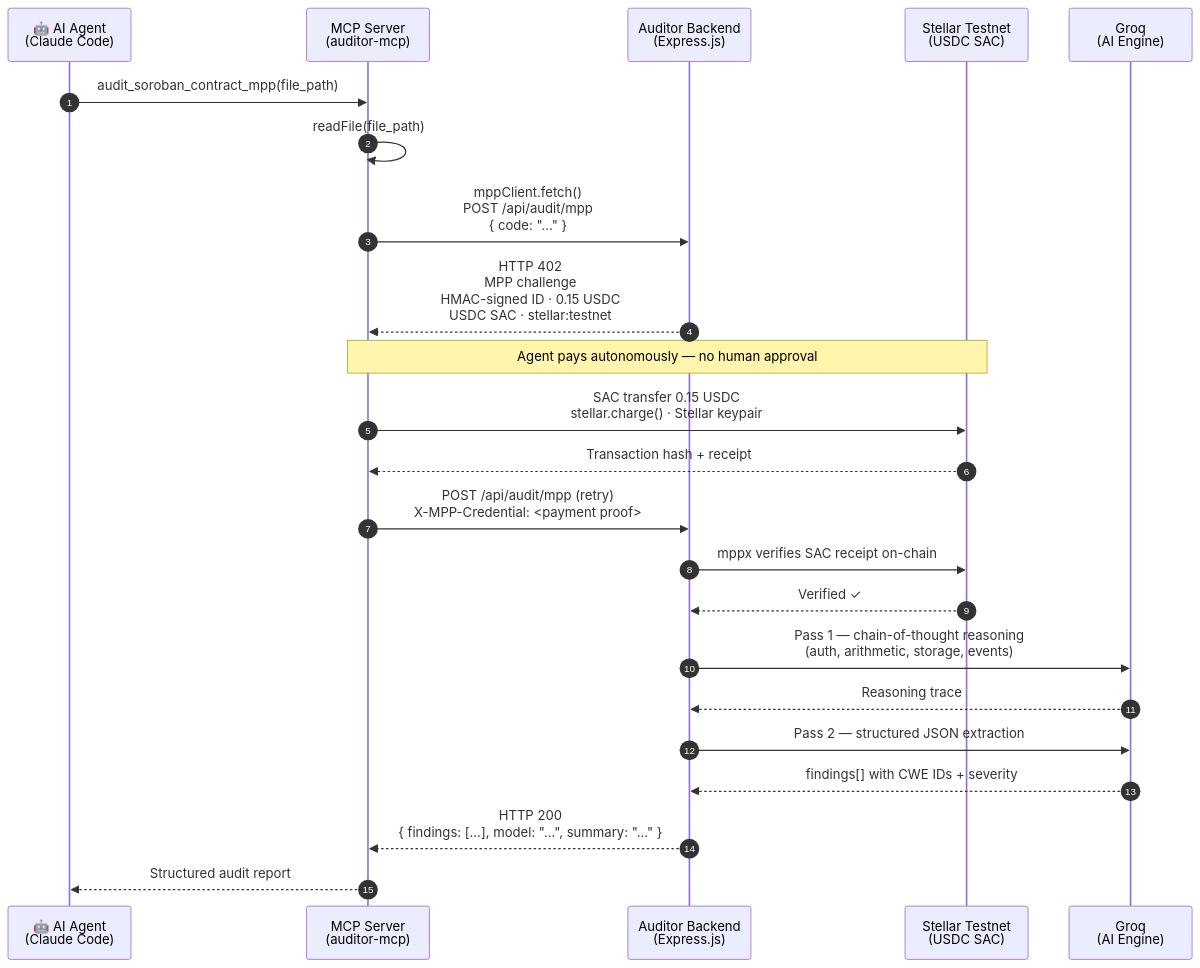
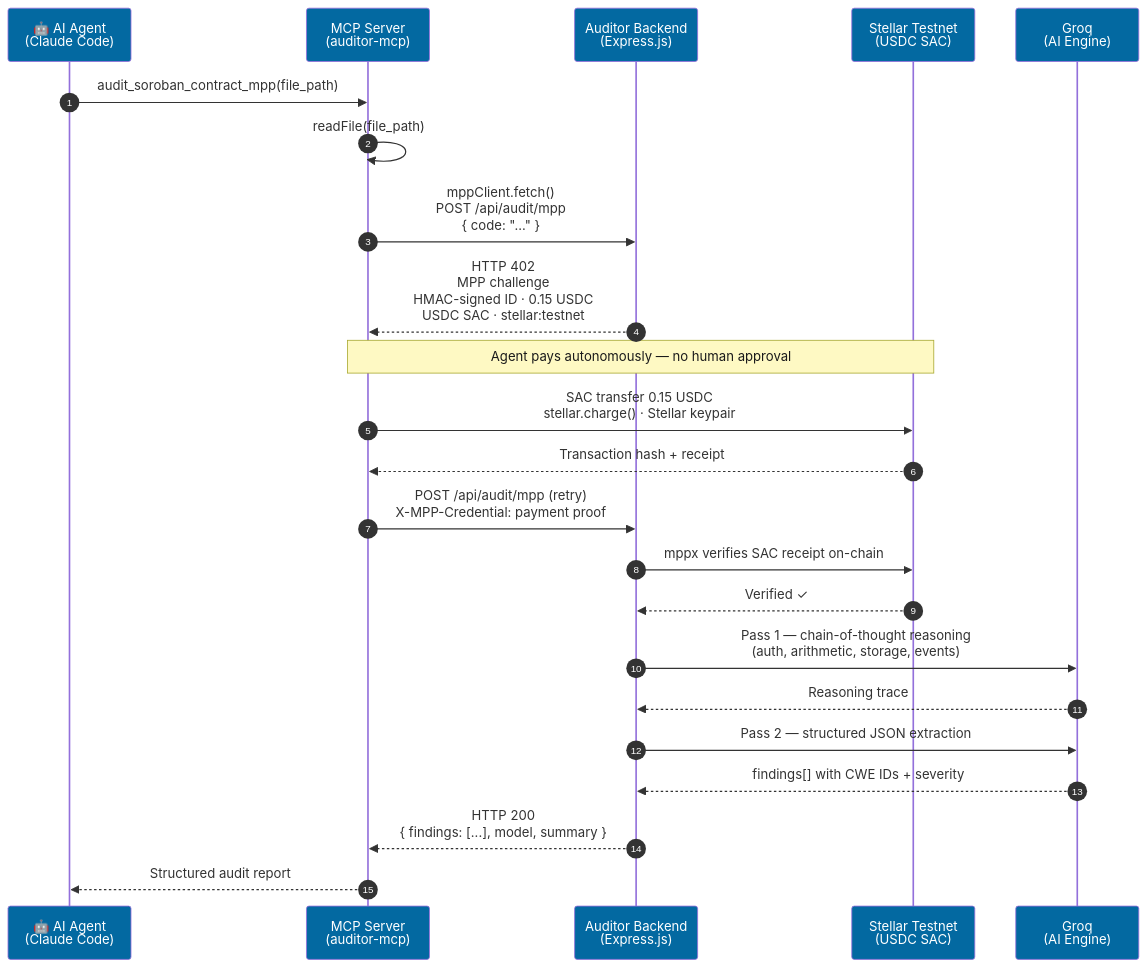
One commit to xaviersharwin10/soroban_node_0 changed the diagram in docs/sequence_mpp.mmd. Above: the diagram before and after it, drawn with Mermaid. The commit also changed 5 other files, not shown here.

Commit message:
docs: larger text in sequence diagrams, light node colors for clear arrowheads in architecture

```diff
--- a/docs/sequence_mpp.mmd
+++ b/docs/sequence_mpp.mmd
@@ -1,31 +1,32 @@
+%%{init: {'theme': 'default', 'themeVariables': {'fontSize': '20px', 'fontFamily': 'trebuchet ms, verdana, arial', 'actorBkg': '#0369a1', 'actorTextColor': '#ffffff', 'actorBorderColor': '#075985', 'activationBkgColor': '#e0f2fe', 'noteBkgColor': '#fef9c3', 'noteTextColor': '#1a1a1a', 'labelBoxBkgColor': '#f0f4ff', 'sequenceNumberColor': '#ffffff'}}}%%
 sequenceDiagram
     autonumber
     participant A as 🤖 AI Agent<br/>(Claude Code)
     participant M as MCP Server<br/>(auditor-mcp)
     participant B as Auditor Backend<br/>(Express.js)
     participant S as Stellar Testnet<br/>(USDC SAC)
     participant G as Groq<br/>(AI Engine)
 
     A->>M: audit_soroban_contract_mpp(file_path)
     M->>M: readFile(file_path)
 
     M->>B: mppClient.fetch()<br/>POST /api/audit/mpp<br/>{ code: "..." }
     B-->>M: HTTP 402<br/>MPP challenge<br/>HMAC-signed ID · 0.15 USDC<br/>USDC SAC · stellar:testnet
 
     Note over M,S: Agent pays autonomously — no human approval
 
     M->>S: SAC transfer 0.15 USDC<br/>stellar.charge() · Stellar keypair
     S-->>M: Transaction hash + receipt
 
-    M->>B: POST /api/audit/mpp (retry)<br/>X-MPP-Credential: <payment proof>
+    M->>B: POST /api/audit/mpp (retry)<br/>X-MPP-Credential: payment proof
     B->>S: mppx verifies SAC receipt on-chain
     S-->>B: Verified ✓
 
     B->>G: Pass 1 — chain-of-thought reasoning<br/>(auth, arithmetic, storage, events)
     G-->>B: Reasoning trace
 
     B->>G: Pass 2 — structured JSON extraction
     G-->>B: findings[] with CWE IDs + severity
 
-    B-->>M: HTTP 200<br/>{ findings: [...], model: "...", summary: "..." }
+    B-->>M: HTTP 200<br/>{ findings: [...], model, summary }
     M-->>A: Structured audit report
```
